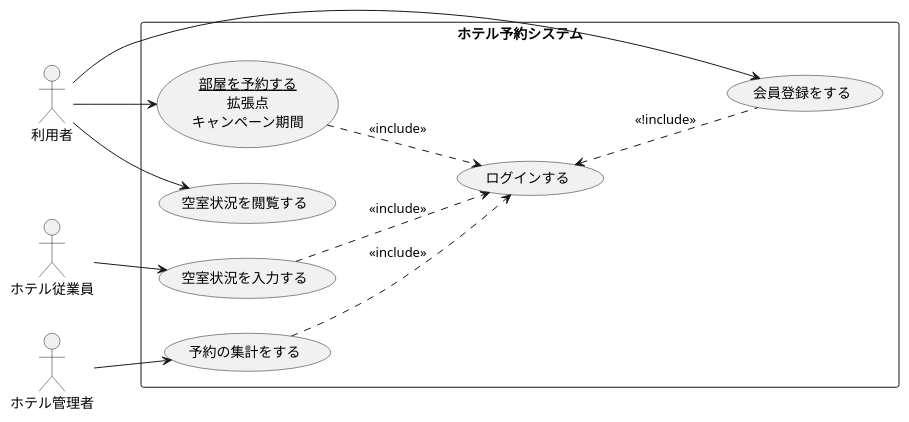
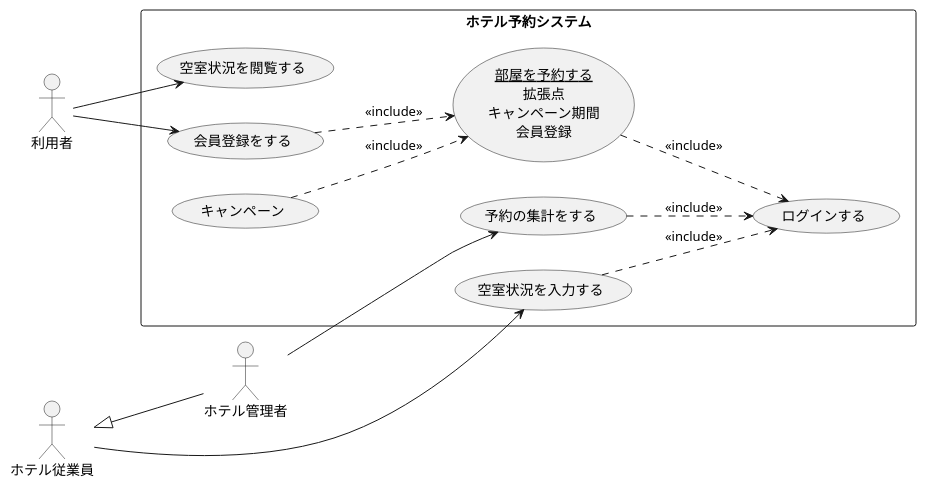
Before and after one commit to yoshidasen/uml-introduction: the diagram in 演習2-8_UC_ホテル予約システム.pu, drawn with PlantUML.

Commit message:
編集

```diff
--- a/演習2-8_UC_ホテル予約システム.pu
+++ b/演習2-8_UC_ホテル予約システム.pu
@@ -1,26 +1,37 @@
 @startuml ホテル予約システム
     left to right direction
     actor 利用者 as A1
-    actor ホテル従業員 as A2
-    actor ホテル管理者 as A3
+    actor ホテル管理者 as A2
+    actor ホテル従業員 as A3
 
     rectangle ホテル予約システム {
         usecase 空室状況を閲覧する as U1
         usecase 空室状況を入力する as U2
         usecase 予約の集計をする as U3
-        usecase (<u>部屋を予約する</u>\n拡張点\nキャンペーン期間) as U4
+        usecase (<u>部屋を予約する</u>\n拡張点\nキャンペーン期間\n会員登録) as U4
         usecase ログインする as U5
         usecase 会員登録をする as U6
+        usecase キャンペーン as U7
     }
 
     A1 --> U1
-    A1 --> U4
-    A2 --> U2
-    A3 --> U3
+    A1 --> U6
+    A3 <|-- A2
+    A2 --> U3
+    A3 --> U2
+    U6 ..> U4 : <<include>>
+    U7 ..> U4 : <<include>>
     U2 ..> U5 : <<include>>
     U3 ..> U5 : <<include>>
     U4 ..> U5 : <<include>>
-    A1 ---> U6
-    U5 <.. U6 : <<!include>>
+
+
+    ' A1 --> U4
+    ' A3 --> U2
+    ' A2 --> U3
+    ' U2 ..> U5 : <<include>>
+    ' U3 ..> U5 : <<include>>
+    ' U4 ..> U5 : <<include>>
+    ' A1 ---> U6
 
 @enduml
```
